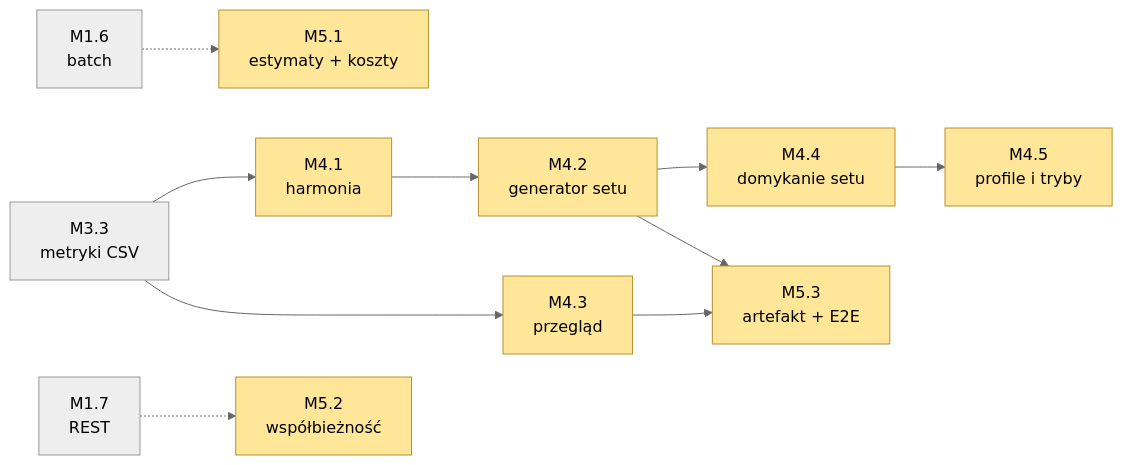
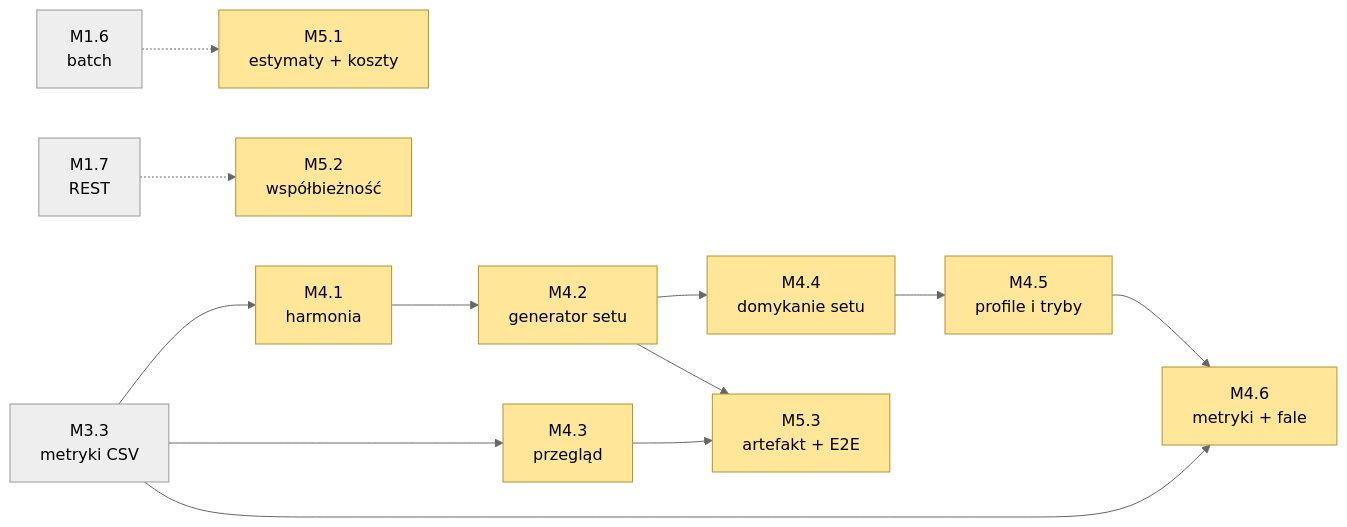
One commit to pgoogol/music-view changed the third of 3 diagrams in docs/PLAN.md. Above: the diagram before and after it, drawn with Mermaid (neutral theme). The commit also changed other lines of this file and 19 other files, not shown here.

````diff
--- a/docs/PLAN.md
+++ b/docs/PLAN.md
@@ -567,12 +598,14 @@
 ```mermaid
 flowchart LR
     M33[M3.3<br/>metryki CSV] --> M41[M4.1<br/>harmonia] & M43[M4.3<br/>przegląd]
     M41 --> M42[M4.2<br/>generator setu]
     M42 --> M44[M4.4<br/>domykanie setu] --> M45[M4.5<br/>profile i tryby]
+    M45 --> M46[M4.6<br/>metryki + fale]
+    M33 --> M46
     M16[M1.6<br/>batch] -.-> M51[M5.1<br/>estymaty + koszty]
     M17[M1.7<br/>REST] -.-> M52[M5.2<br/>współbieżność]
     M42 & M43 --> M53[M5.3<br/>artefakt + E2E]
 
     classDef plan fill:#FFE699,stroke:#B6912E
-    class M41,M42,M43,M44,M45,M51,M52,M53 plan
+    class M41,M42,M43,M44,M45,M46,M51,M52,M53 plan
 ```
````
